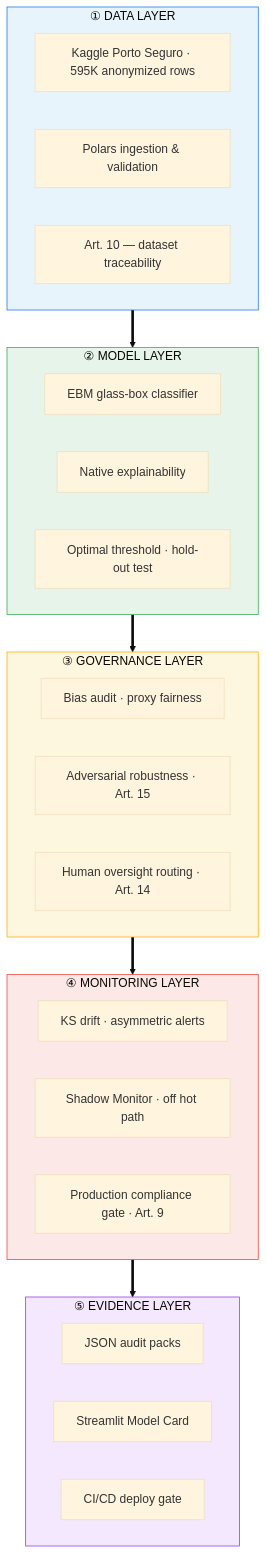
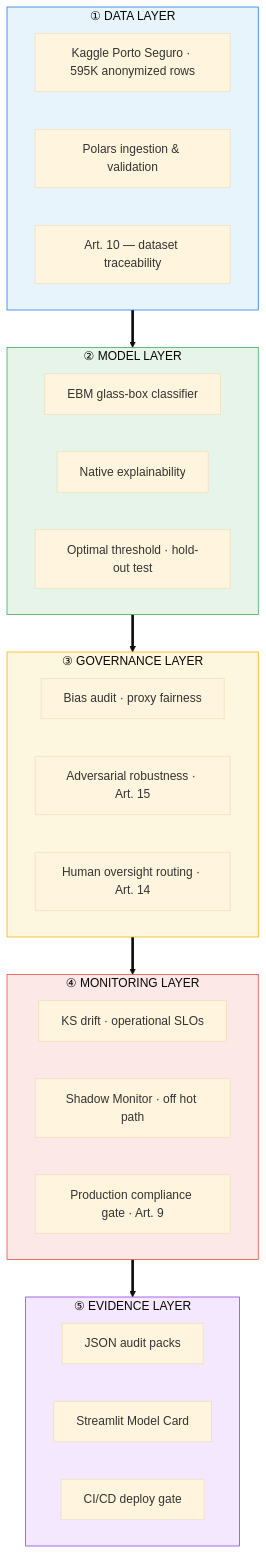
The diagram in README.md (tshapedconsultant/porto-seguro-compliance-hub), drawn with Mermaid (base theme) before and after one commit. The commit also changed other lines of this file and 12 other files, not shown here.

First line of the commit message:
feat(monitoring): add operational SLOs with hashed evidence refs

````diff
--- a/README.md
+++ b/README.md
@@ -15,45 +15,45 @@
 ```mermaid
 flowchart TB
     subgraph DATA["① DATA LAYER"]
         direction LR
         D1["Kaggle Porto Seguro · 595K anonymized rows"]
         D2["Polars ingestion & validation"]
         D3["Art. 10 — dataset traceability"]
     end
 
     subgraph MODEL["② MODEL LAYER"]
         direction LR
         M1["EBM glass-box classifier"]
         M2["Native explainability"]
         M3["Optimal threshold · hold-out test"]
     end
 
     subgraph GOV["③ GOVERNANCE LAYER"]
         direction LR
         G1["Bias audit · proxy fairness"]
         G2["Adversarial robustness · Art. 15"]
         G3["Human oversight routing · Art. 14"]
     end
 
     subgraph MON["④ MONITORING LAYER"]
         direction LR
-        N1["KS drift · asymmetric alerts"]
+        N1["KS drift · operational SLOs"]
         N2["Shadow Monitor · off hot path"]
         N3["Production compliance gate · Art. 9"]
     end
 
     subgraph EVD["⑤ EVIDENCE LAYER"]
         direction LR
         E1["JSON audit packs"]
         E2["Streamlit Model Card"]
         E3["CI/CD deploy gate"]
     end
 
     DATA ==> MODEL ==> GOV ==> MON ==> EVD
 
     style DATA fill:#e8f4fc,stroke:#1a73e8
     style MODEL fill:#e6f4ea,stroke:#34a853
     style GOV fill:#fef7e0,stroke:#f9ab00
     style MON fill:#fce8e6,stroke:#ea4335
     style EVD fill:#f3e8fd,stroke:#9334e6
 ```
````
